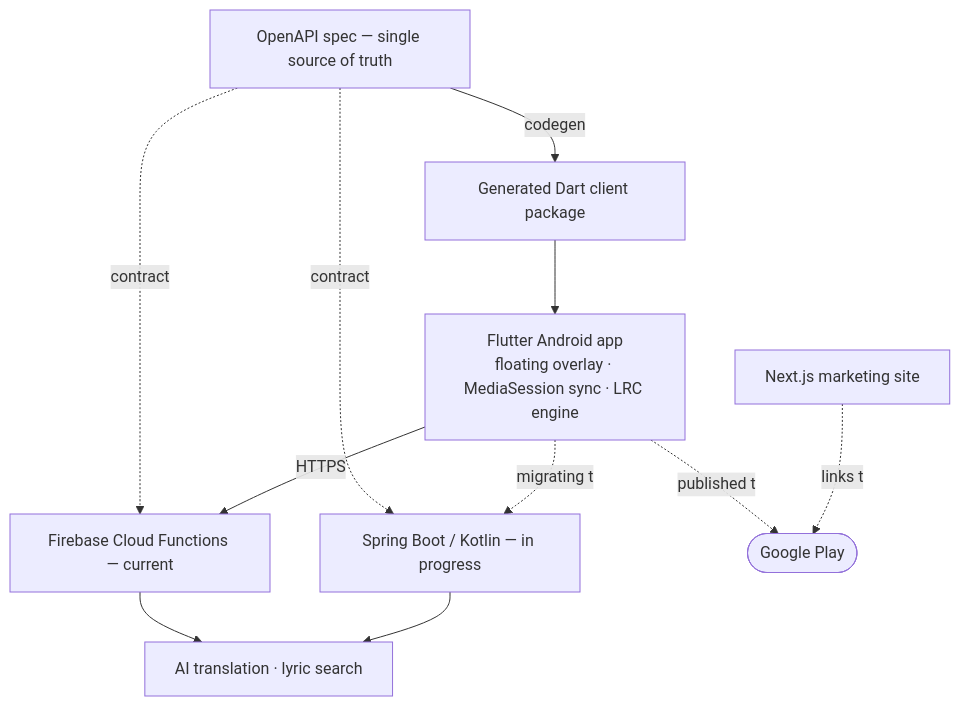
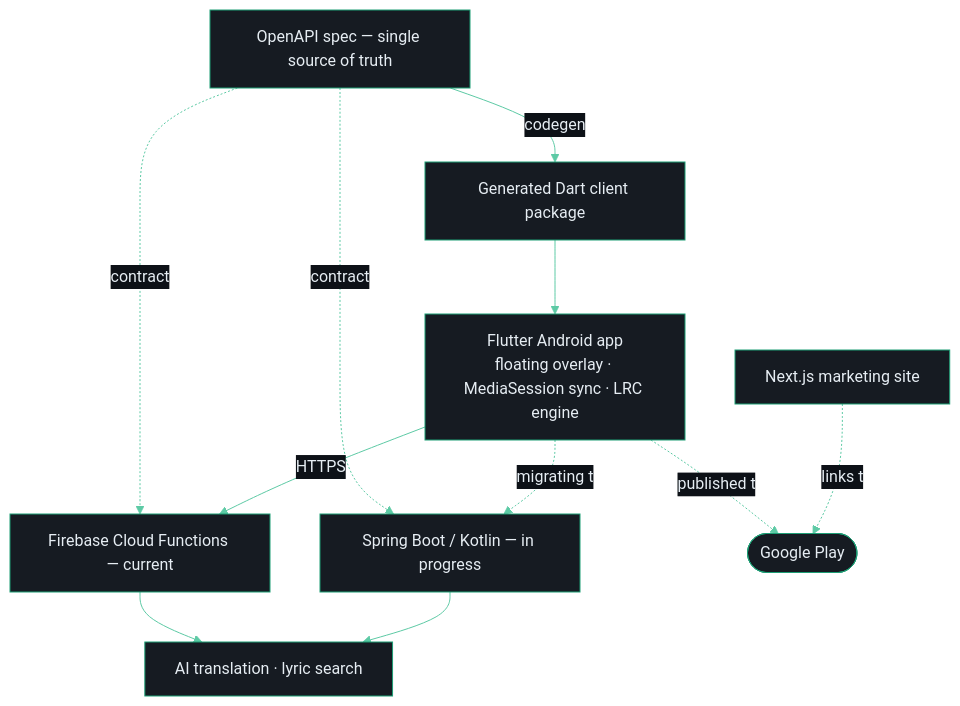
One commit to fewling/fewling changed the diagram in README.md. Above: the diagram before and after it, drawn with Mermaid. The commit also changed other lines of this file and 1 other file, not shown here.

Commit message:
Add custom SVG header and theme the architecture diagram

````diff
--- a/README.md
+++ b/README.md
@@ -32,22 +32,23 @@
 ```mermaid
+%%{init: {'theme':'base','themeVariables':{'fontFamily':'ui-monospace, SFMono-Regular, Menlo, monospace','primaryColor':'#161b22','mainBkg':'#161b22','primaryTextColor':'#e6edf3','nodeTextColor':'#e6edf3','primaryBorderColor':'#1D9E75','nodeBorder':'#1D9E75','lineColor':'#5DCAA5','textColor':'#adbac7','edgeLabelBackground':'#0d1117'}}}%%
 flowchart TD
     spec["OpenAPI spec — single source of truth"]
     gen["Generated Dart client package"]
     app["Flutter Android app<br/>floating overlay · MediaSession sync · LRC engine"]
     fb["Firebase Cloud Functions — current"]
     sb["Spring Boot / Kotlin — in progress"]
     svc["AI translation · lyric search"]
     web["Next.js marketing site"]
     play(["Google Play"])
 
     spec -->|codegen| gen
     gen --> app
     spec -.contract.-> fb
     spec -.contract.-> sb
     app -->|HTTPS| fb
     app -.migrating to.-> sb
     fb --> svc
     sb --> svc
     app -.published to.-> play
     web -.links to.-> play
 ```
````
